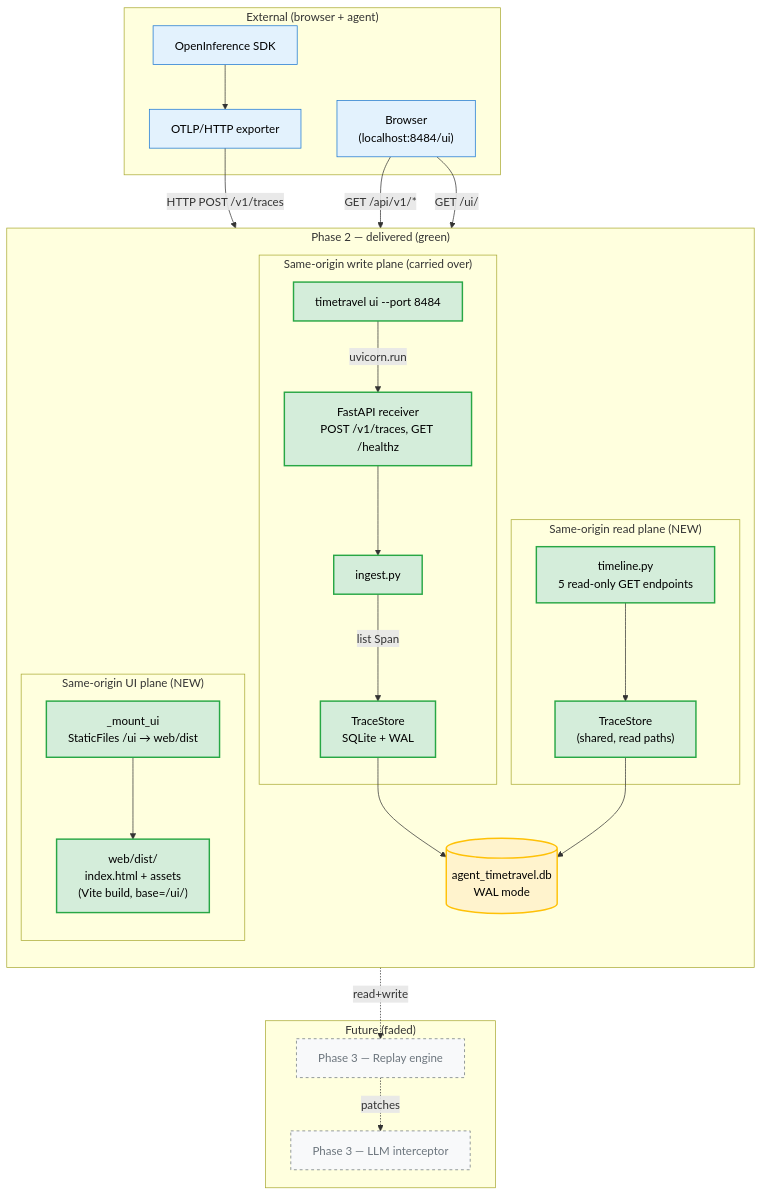
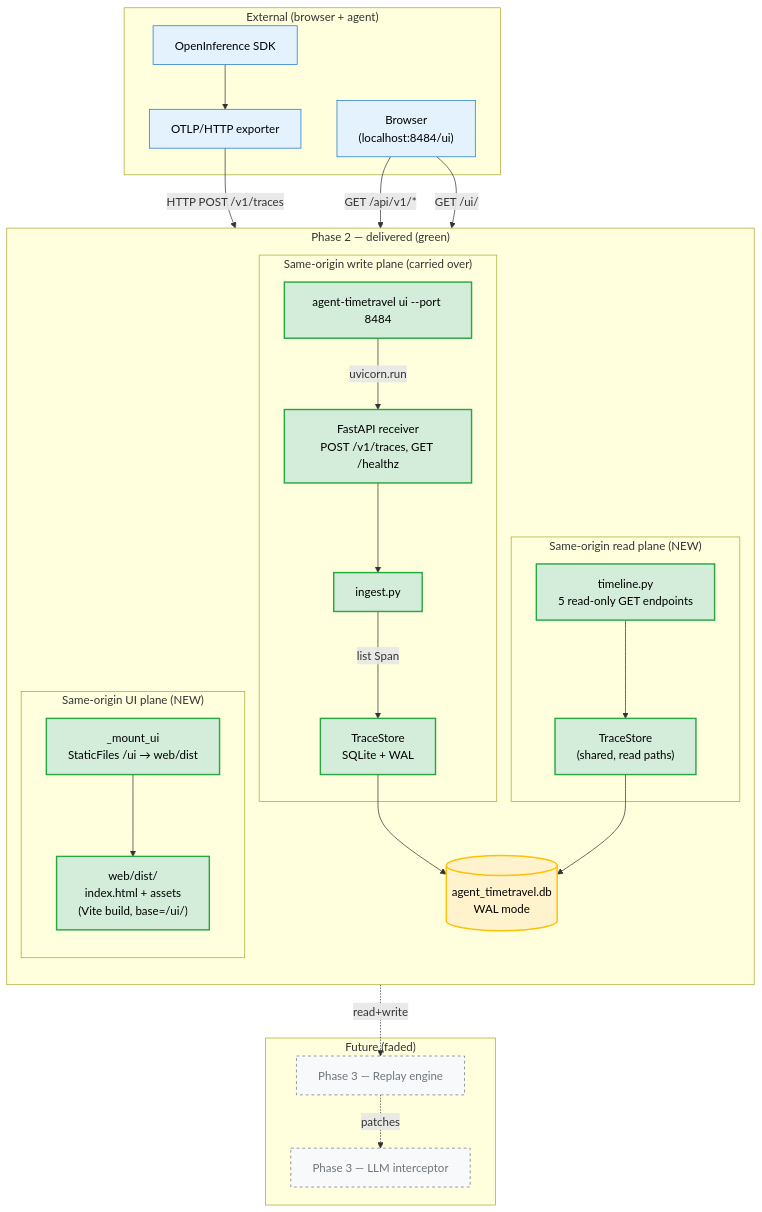
The first of 3 diagrams in docs/phases/phase-2.md (akshay-mp/Rewind), drawn with Mermaid before and after one commit. The commit also changed other lines of this file and 113 other files, not shown here.

Commit message:
Prepare agent-timetravel 0.2.0 release

````diff
--- a/docs/phases/phase-2.md
+++ b/docs/phases/phase-2.md
@@ -126,56 +126,56 @@
 ```mermaid
 flowchart TB
     subgraph P2Delivered["Phase 2 — delivered (green)"]
         direction TB
         subgraph WritePlane["Same-origin write plane (carried over)"]
-            CLI["timetravel ui --port 8484"]
+            CLI["agent-timetravel ui --port 8484"]
             Receiver["FastAPI receiver<br/>POST /v1/traces, GET /healthz"]
             Ingest["ingest.py"]
             StoreW["TraceStore<br/>SQLite + WAL"]
         end
         subgraph ReadPlane["Same-origin read plane (NEW)"]
             Timeline["timeline.py<br/>5 read-only GET endpoints"]
             StoreR["TraceStore<br/>(shared, read paths)"]
         end
         subgraph UIPlane["Same-origin UI plane (NEW)"]
             Mount["_mount_ui<br/>StaticFiles /ui → web/dist"]
             Dist["web/dist/<br/>index.html + assets<br/>(Vite build, base=/ui/)"]
         end
         DB[("agent_timetravel.db<br/>WAL mode")]
     end
 
     subgraph P2Future["Future (faded)"]
         Engine["Phase 3 — Replay engine"]
         Interceptor["Phase 3 — LLM interceptor"]
     end
 
     subgraph P2External["External (browser + agent)"]
         AgentSDK["OpenInference SDK"]
         OTLP["OTLP/HTTP exporter"]
         Browser["Browser<br/>(localhost:8484/ui)"]
     end
 
     AgentSDK --> OTLP
     OTLP -->|HTTP POST /v1/traces| Receiver
     Browser -->|GET /api/v1/*| Timeline
     Browser -->|GET /ui/| Mount
     CLI -->|uvicorn.run| Receiver
     Receiver --> Ingest
     Ingest -->|list Span| StoreW
     StoreW --> DB
     Timeline --> StoreR
     StoreR --> DB
     Mount --> Dist
     DB -.read+write.-> Engine
     Engine -.patches.-> Interceptor
 
     classDef delivered fill:#d4edda,stroke:#28a745,stroke-width:2px,color:#000
     classDef future fill:#f8f9fa,stroke:#6c757d,stroke-dasharray:4 4,color:#6c757d
     classDef ext fill:#e3f2fd,stroke:#1976d2,stroke-width:1px,color:#000
     classDef db fill:#fff3cd,stroke:#ffc107,stroke-width:2px,color:#000
 
     class CLI,Receiver,Ingest,StoreW,Timeline,StoreR,Mount,Dist delivered
     class DB db
     class Engine,Interceptor future
     class AgentSDK,OTLP,Browser ext
 ```
````
